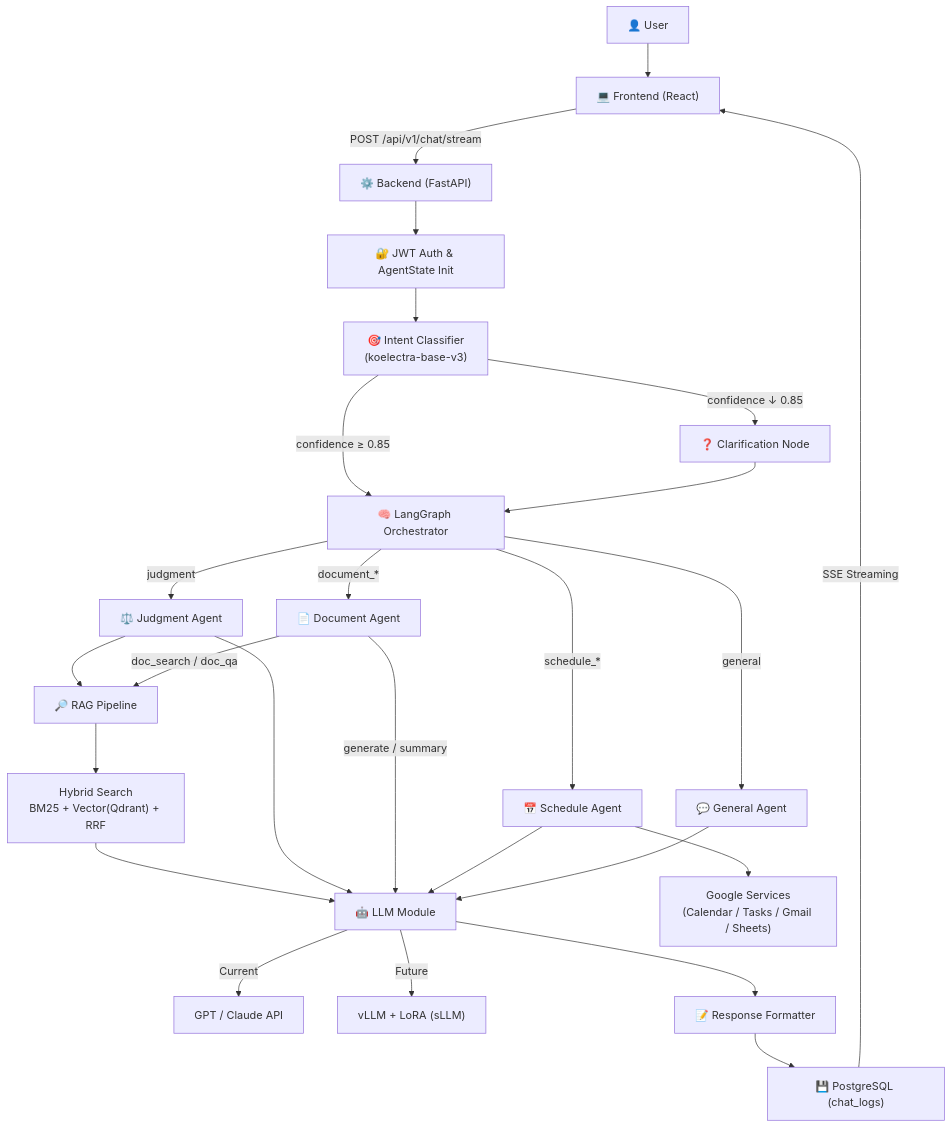
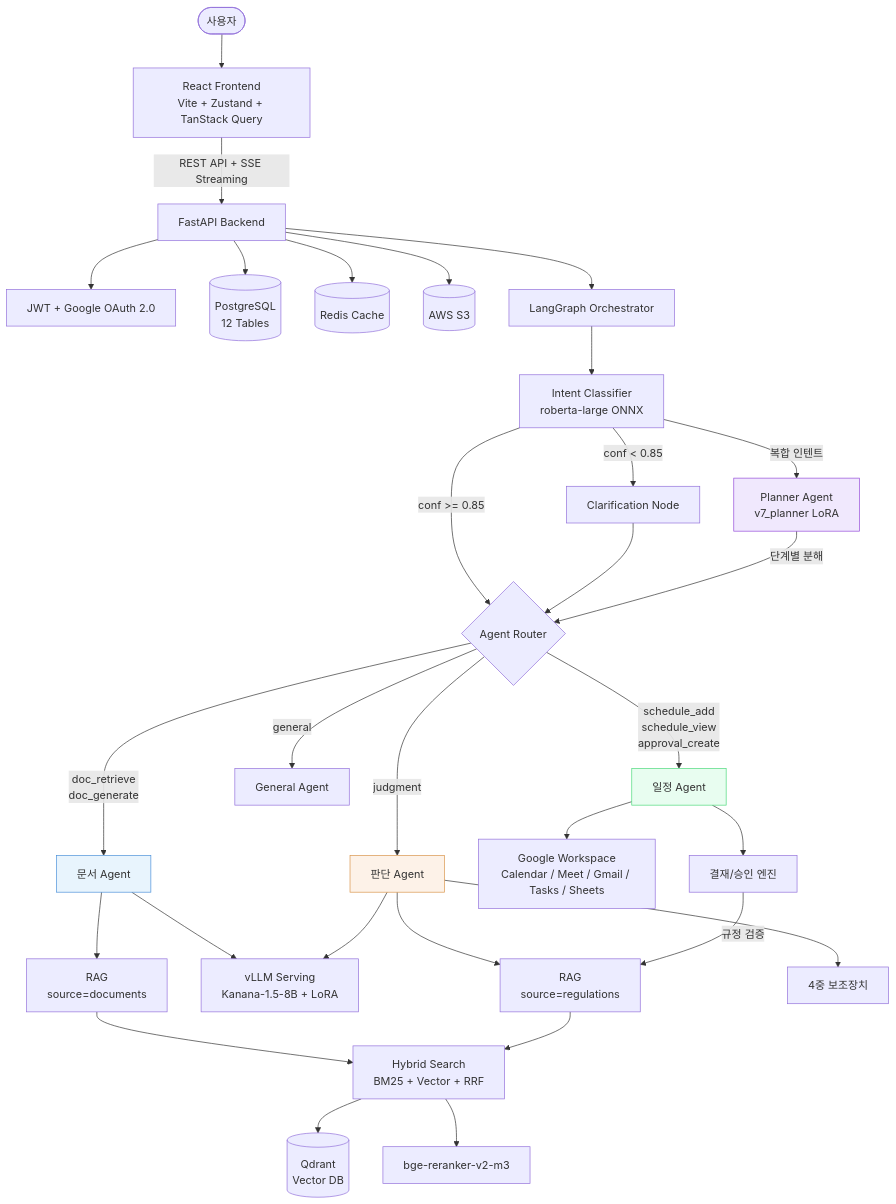
One commit to SKNETWORKS-FAMILY-AICAMP/SKN21-FINAL-3TEAM changed the first of 6 diagrams in README.md. Above: the diagram before and after it, drawn with Mermaid. The commit also changed other lines of this file, not shown here.

````diff
--- a/README.md
+++ b/README.md
@@ -99,59 +87,47 @@
 ```mermaid
-flowchart TD
+flowchart TB
+    User([사용자]) --> FE[React Frontend<br/>Vite + Zustand + TanStack Query]
+    FE -->|REST API + SSE Streaming| BE[FastAPI Backend]
 
-    %% =========================
-    %% 1. USER → FRONTEND
-    %% =========================
-    U["👤 User"] --> F["💻 Frontend (React)"]
-    F -->|POST /api/v1/chat/stream| B["⚙️ Backend (FastAPI)"]
+    BE --> Auth[JWT + Google OAuth 2.0]
+    BE --> DB[(PostgreSQL<br/>12 Tables)]
+    BE --> Redis[(Redis Cache)]
+    BE --> S3[(AWS S3)]
 
-    %% =========================
-    %% 2. AUTH & ORCHESTRATOR
-    %% =========================
-    B --> A["🔐 JWT Auth & AgentState Init"]
-    A --> I["🎯 Intent Classifier<br/>(koelectra-base-v3)"]
+    BE --> Orch[LangGraph Orchestrator]
+    Orch --> Intent[Intent Classifier<br/>roberta-large ONNX]
 
-    I -->|confidence ≥ 0.85| O["🧠 LangGraph Orchestrator"]
-    I -->|confidence ↓ 0.85| C["❓ Clarification Node"]
-    C --> O
+    Intent -->|conf >= 0.85| Router{Agent Router}
+    Intent -->|conf < 0.85| Clarify[Clarification Node]
+    Intent -->|복합 인텐트| Planner[Planner Agent<br/>v7_planner LoRA]
+    Clarify --> Router
+    Planner -->|단계별 분해| Router
 
-    %% =========================
-    %% 3. AGENT ROUTING
-    %% =========================
-    O -->|judgment| J["⚖️ Judgment Agent"]
-    O -->|document_*| D["📄 Document Agent"]
-    O -->|schedule_*| S["📅 Schedule Agent"]
-    O -->|general| G["💬 General Agent"]
+    Router -->|doc_retrieve<br/>doc_generate| DocAgent[문서 Agent]
+    Router -->|judgment| JudgeAgent[판단 Agent]
+    Router -->|schedule_add<br/>schedule_view<br/>approval_create| SchedAgent[일정 Agent]
+    Router -->|general| General[General Agent]
 
-    %% =========================
-    %% 4. RAG (Conditional)
-    %% =========================
-    J --> R1["🔎 RAG Pipeline"]
-    D -->|doc_search / doc_qa| R1
+    DocAgent --> RAG_Doc[RAG<br/>source=documents]
+    DocAgent --> vLLM
 
-    R1 --> HS["Hybrid Search<br/>BM25 + Vector(Qdrant) + RRF"]
-    HS --> L
+    JudgeAgent --> RAG_Reg[RAG<br/>source=regulations]
+    JudgeAgent --> Guard[4중 보조장치]
+    JudgeAgent --> vLLM
 
-    %% =========================
-    %% 5. LLM LAYER
-    %% =========================
-    J --> L["🤖 LLM Module"]
-    D -->|generate / summary| L
-    S --> L
-    G --> L
+    SchedAgent --> Google[Google Workspace<br/>Calendar / Meet / Gmail / Tasks / Sheets]
+    SchedAgent --> Approval[결재/승인 엔진]
+    Approval -->|규정 검증| RAG_Reg
 
-    L -->|Current| API["GPT / Claude API"]
-    L -->|Future| VLLM["vLLM + LoRA (sLLM)"]
+    RAG_Doc --> HybridSearch[Hybrid Search<br/>BM25 + Vector + RRF]
+    RAG_Reg --> HybridSearch
+    HybridSearch --> Qdrant[(Qdrant<br/>Vector DB)]
+    HybridSearch --> Reranker[bge-reranker-v2-m3]
 
-    %% =========================
-    %% 6. EXTERNAL SERVICES
-    %% =========================
-    S --> GS["Google Services<br/>(Calendar / Tasks / Gmail / Sheets)"]
+    vLLM[vLLM Serving<br/>Kanana-1.5-8B + LoRA]
 
-    %% =========================
-    %% 7. RESPONSE FLOW
-    %% =========================
-    L --> FMT["📝 Response Formatter"]
-    FMT --> DB["💾 PostgreSQL (chat_logs)"]
-    DB -->|SSE Streaming| F
+    style DocAgent fill:#e8f4fd,stroke:#4a90d9
+    style JudgeAgent fill:#fdf2e8,stroke:#d9944a
+    style SchedAgent fill:#e8fdf0,stroke:#4ad97a
+    style Planner fill:#f0e8fd,stroke:#944ad9
 ```
````
